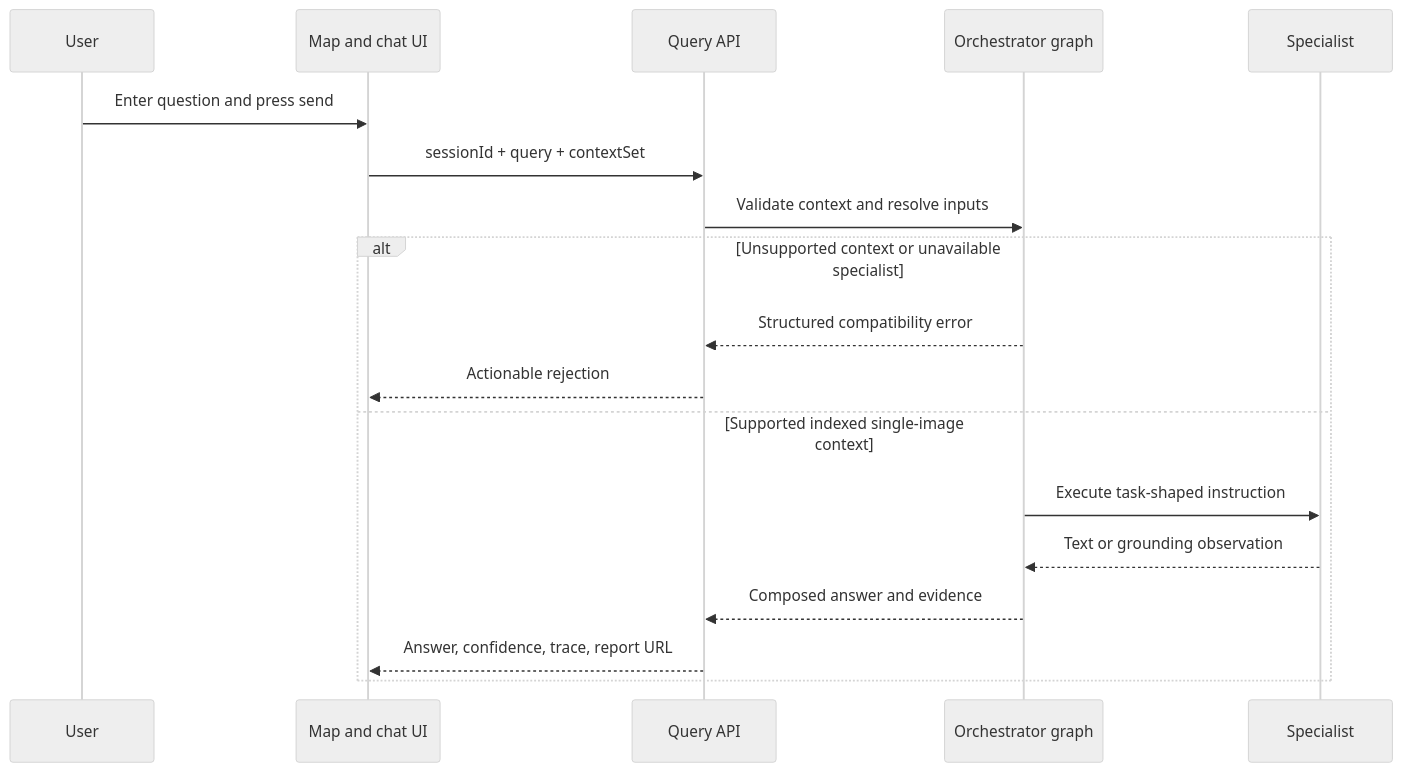
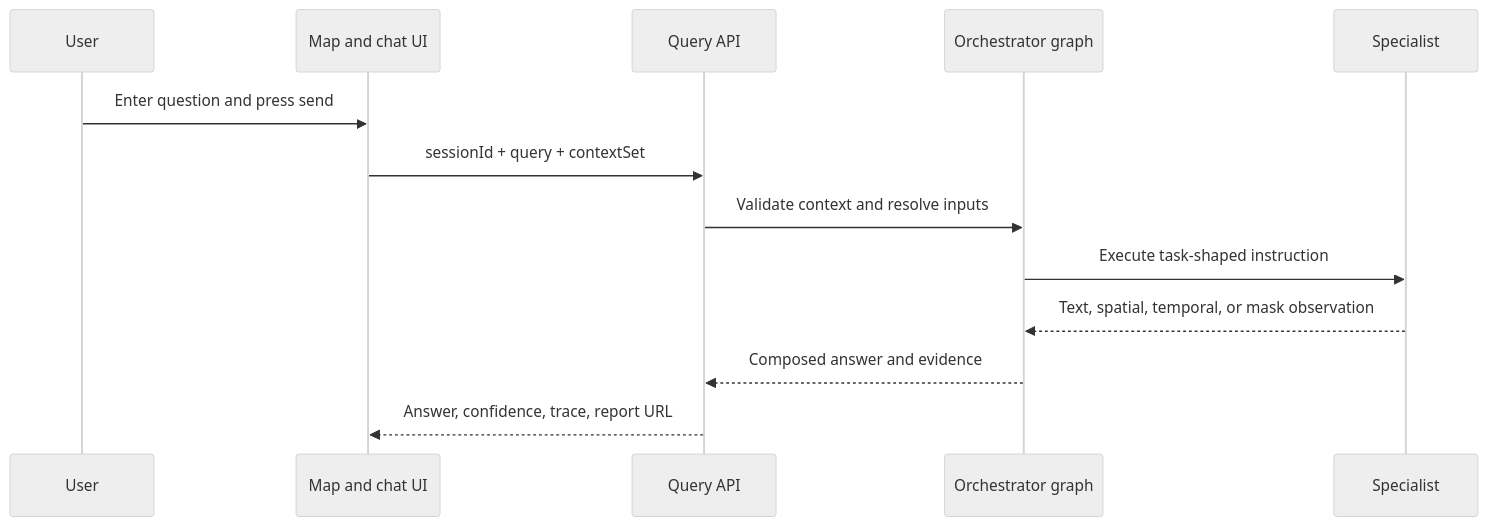
One commit to Siddh-2006/SatQuery_AI changed the second of 6 diagrams in docs/04-user-flow.md. Above: the diagram before and after it, drawn with Mermaid (neutral theme). The commit also changed other lines of this file and 8 other files, not shown here.

````diff
--- a/docs/04-user-flow.md
+++ b/docs/04-user-flow.md
@@ -104,21 +101,16 @@
 ```mermaid
 sequenceDiagram
 	participant User
 	participant UI as Map and chat UI
 	participant API as Query API
 	participant Graph as Orchestrator graph
 	participant Specialist
 
 	User->>UI: Enter question and press send
 	UI->>API: sessionId + query + contextSet
 	API->>Graph: Validate context and resolve inputs
-	alt Unsupported context or unavailable specialist
-		Graph-->>API: Structured compatibility error
-		API-->>UI: Actionable rejection
-	else Supported indexed single-image context
-		Graph->>Specialist: Execute task-shaped instruction
-		Specialist-->>Graph: Text or grounding observation
-		Graph-->>API: Composed answer and evidence
-		API-->>UI: Answer, confidence, trace, report URL
-	end
+	Graph->>Specialist: Execute task-shaped instruction
+	Specialist-->>Graph: Text, spatial, temporal, or mask observation
+	Graph-->>API: Composed answer and evidence
+	API-->>UI: Answer, confidence, trace, report URL
 ```
````
